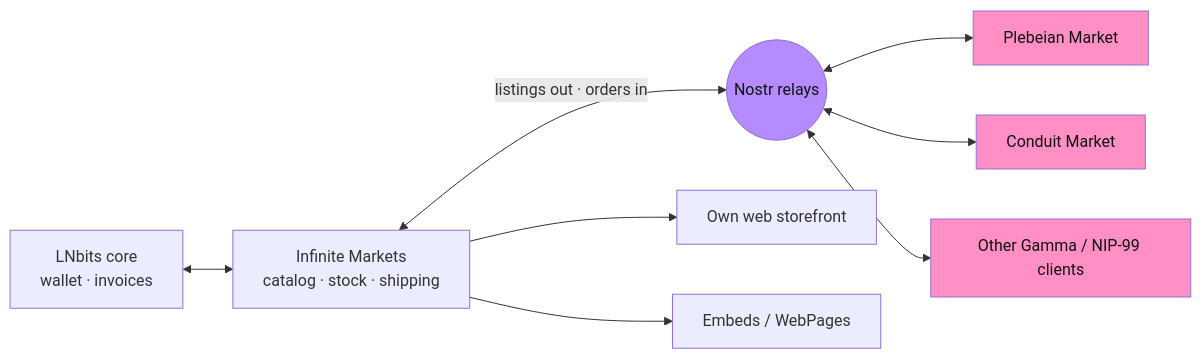
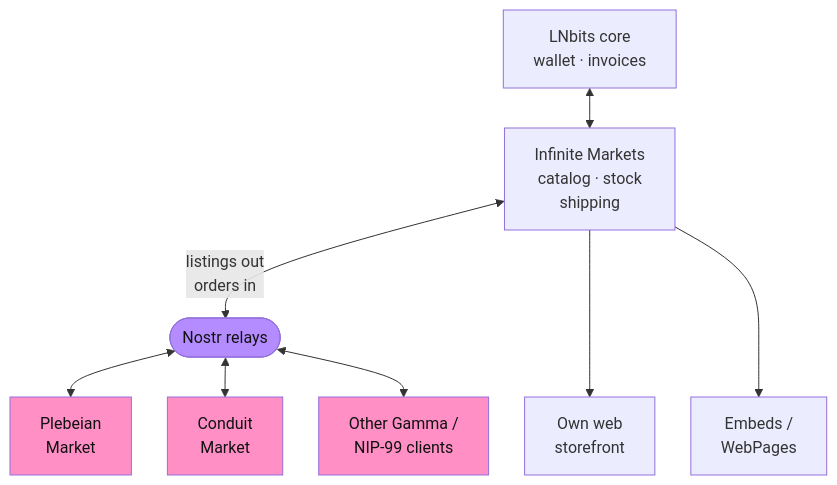
Before and after one commit to bitkarrot/infinitemarkets: the fourth of 4 diagrams in docs/viewer/overview.md, drawn with Mermaid. The commit also changed other lines of this file and 6 other files, not shown here.

First line of the commit message:
Make the ownership and publish diagrams readable on slides and overview

````diff
--- a/docs/viewer/overview.md
+++ b/docs/viewer/overview.md
@@ -272,22 +267,23 @@
 ```mermaid
-flowchart LR
-    LN[LNbits core<br/>wallet · invoices]
-    IM[Infinite Markets<br/>catalog · stock · shipping]
-    RL((Nostr relays))
-    WEB[Own web storefront]
-    EMB[Embeds / WebPages]
-    PM[Plebeian Market]
-    CM[Conduit Market]
-    OT[Other Gamma / NIP-99 clients]
+%%{init: {"flowchart": {"rankSpacing": 40, "nodeSpacing": 36}}}%%
+flowchart TB
+    LN["LNbits core<br/>wallet · invoices"]
+    IM["Infinite Markets<br/>catalog · stock<br/>shipping"]
+    RL(["Nostr relays"])
+    PM["Plebeian<br/>Market"]
+    CM["Conduit<br/>Market"]
+    OT["Other Gamma /<br/>NIP-99 clients"]
+    WEB["Own web<br/>storefront"]
+    EMB["Embeds /<br/>WebPages"]
     LN <--> IM
-    IM --> WEB
-    IM --> EMB
-    IM <-->|listings out · orders in| RL
+    IM <-->|"listings out<br/>orders in"| RL
     RL <--> PM
     RL <--> CM
     RL <--> OT
+    IM ---> WEB
+    IM ---> EMB
     classDef relay fill:#b48cff,color:#111111
     classDef market fill:#ff8fc4,color:#111111
     class RL relay
     class PM,CM,OT market
 ```
````
